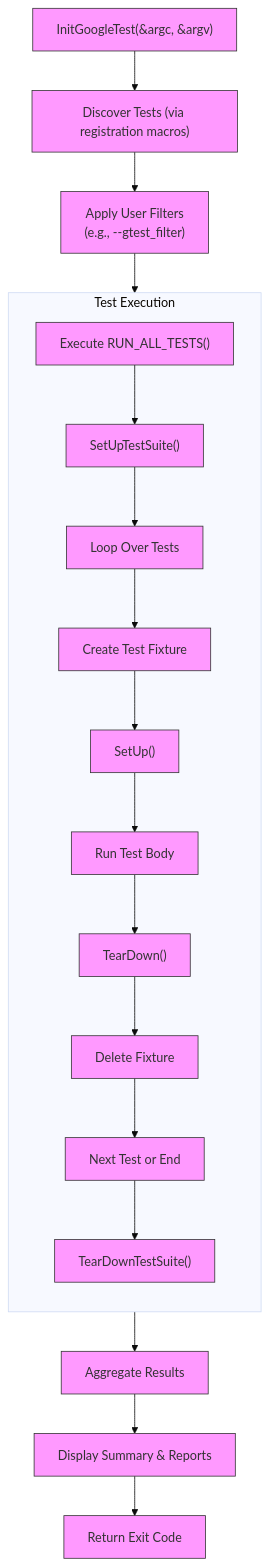
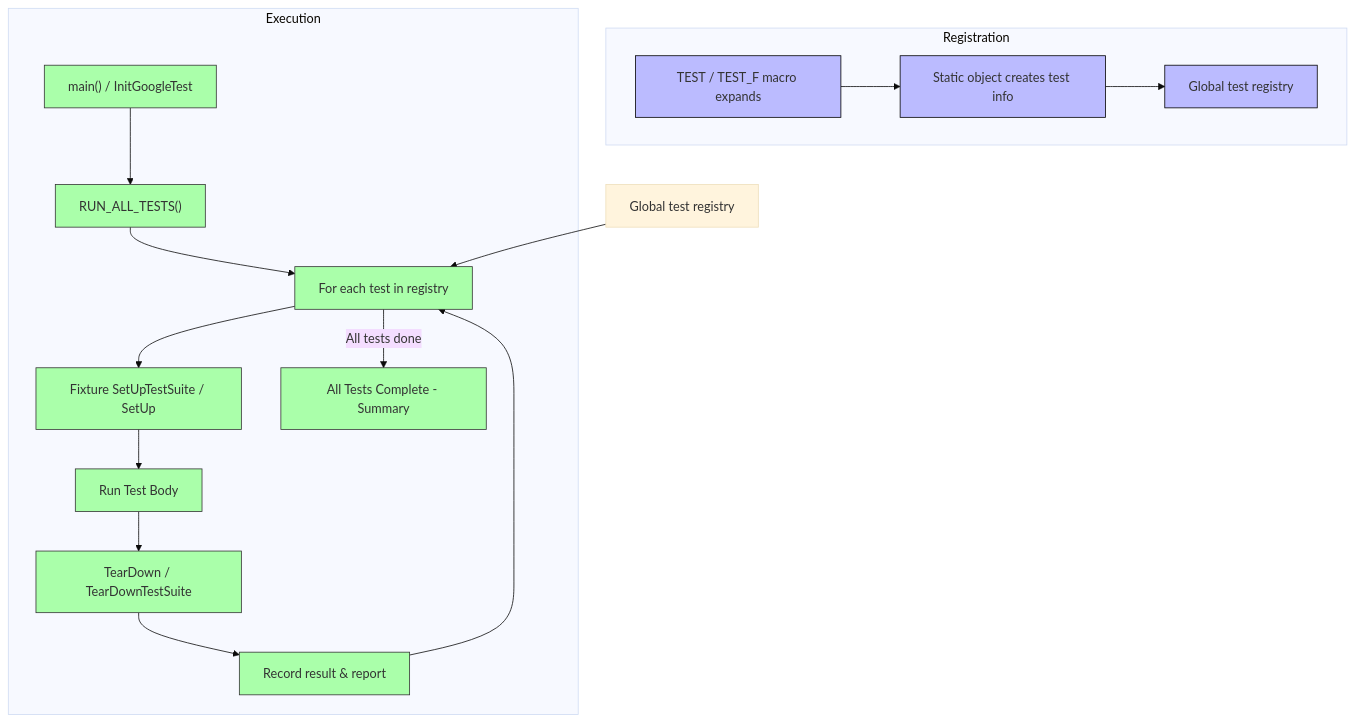
One commit to clidey/docucod-public-project-869ef7c3-7eff-4ad2-9765-2698303f14d7 changed the diagram in concepts/core-architecture/test-discovery-execution.mdx. Above: the diagram before and after it, drawn with Mermaid (base theme). The commit also changed other lines of this file and 52 other files, not shown here.

````diff
--- a/concepts/core-architecture/test-discovery-execution.mdx
+++ b/concepts/core-architecture/test-discovery-execution.mdx
@@ -168,27 +93,27 @@
 ```mermaid
 flowchart TD
-  Init["InitGoogleTest(&argc, &argv)"] --> Discover["Discover Tests (via registration macros)"]
-  Discover --> Filter["Apply User Filters\n(e.g., --gtest_filter)"]
-  Filter --> RunTests["Execute RUN_ALL_TESTS()"]
-
-  subgraph "Test Execution"
-    direction TB
-    RunTests --> TSSetup["SetUpTestSuite()"]
-    TSSetup --> TestLoop["Loop Over Tests"]
-    TestLoop --> FixtureCreate["Create Test Fixture"]
-    FixtureCreate --> SetUp["SetUp()"]
-    SetUp --> TestBody["Run Test Body"]
-    TestBody --> TearDown["TearDown()"]
-    TearDown --> FixtureDelete["Delete Fixture"]
-    FixtureDelete --> EndLoop["Next Test or End"]
-    EndLoop --> TSTeardown["TearDownTestSuite()"]
+  subgraph Registration
+    TEST_MACRO["TEST / TEST_F macro expands"] --> STATIC_INIT["Static object creates test info"]
+    STATIC_INIT --> REGISTRY["Global test registry"]
   end
 
-  TSTeardown --> Aggregate["Aggregate Results"]
-  Aggregate --> Report["Display Summary & Reports"]
-  Report --> Exit["Return Exit Code"]
+  subgraph Execution
+    MAIN_ENTRY["main() / InitGoogleTest"] --> RUN_ALL["RUN_ALL_TESTS()"]
+    RUN_ALL --> TEST_LOOP["For each test in registry"]
+    TEST_LOOP --> TEST_SETUP["Fixture SetUpTestSuite / SetUp"]
+    TEST_SETUP --> TEST_BODY["Run Test Body"]
+    TEST_BODY --> TEST_TEARDOWN["TearDown / TearDownTestSuite"]
+    TEST_TEARDOWN --> REPORTING["Record result & report"]
+    REPORTING --> TEST_LOOP
+    TEST_LOOP -->|All tests done| FINAL_REPORT["All Tests Complete - Summary"]
+  end
 
-  %% Styling
-  classDef step fill:#f9f,stroke:#333,stroke-width:1px;
-  class Init,Discover,Filter,RunTests,TSSetup,TestLoop,FixtureCreate,SetUp,TestBody,TearDown,FixtureDelete,EndLoop,TSTeardown,Aggregate,Report,Exit step;
+  TEST_REGISTRY["Global test registry"] --> TEST_LOOP
+
+  %% Style
+  classDef init fill:#bbf,stroke:#000;
+  classDef process fill:#afa,stroke:#333;
+
+  class TEST_MACRO,STATIC_INIT,REGISTRY init;
+  class MAIN_ENTRY,RUN_ALL,TEST_LOOP,TEST_SETUP,TEST_BODY,TEST_TEARDOWN,REPORTING,FINAL_REPORT process;
 ```
````
